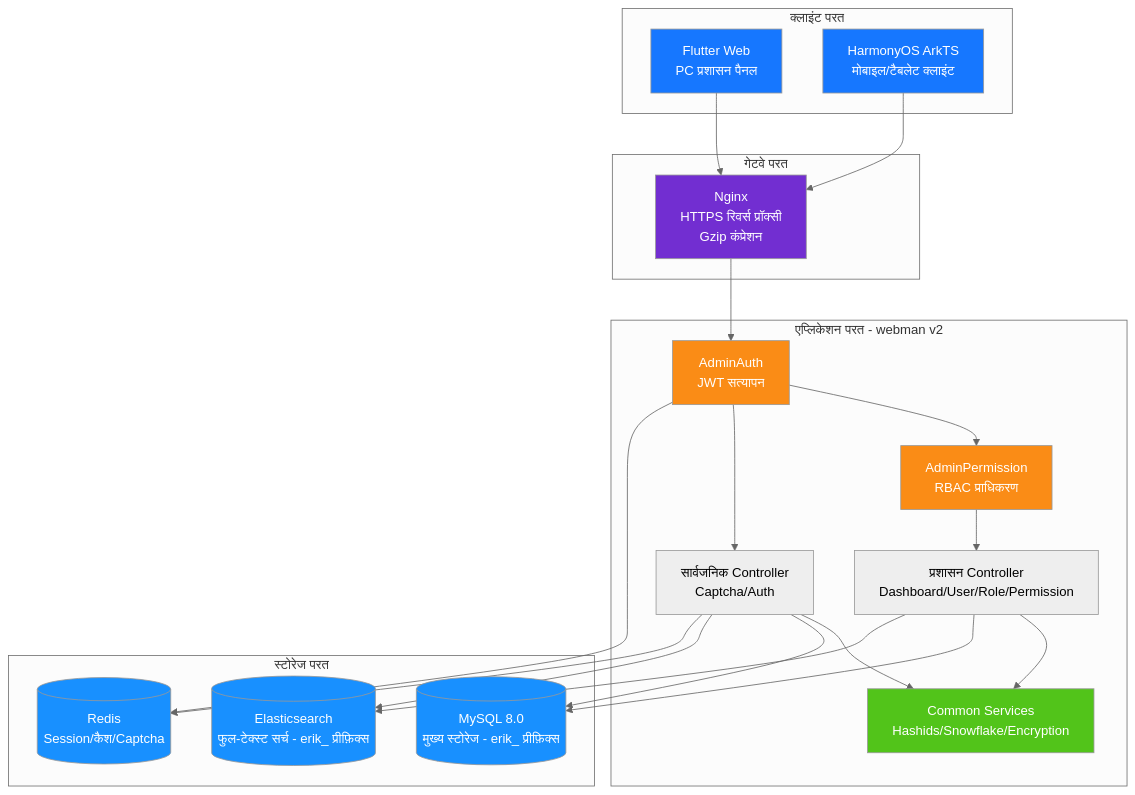
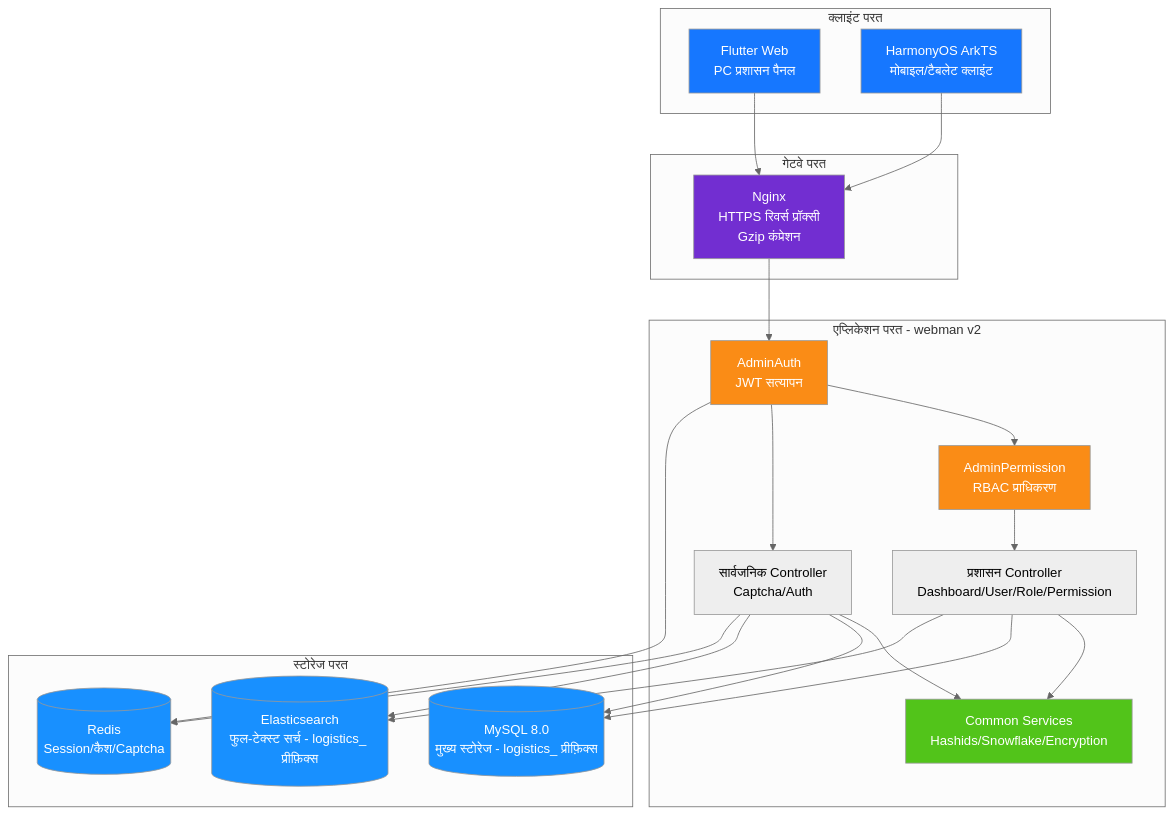
The diagram in admin/docs/diagrams/01-system-architecture.hi.md (erikwang2013/integrated-global-logistics), drawn with Mermaid (neutral theme) before and after one commit. The commit also changed 211 other files, not shown here.

````diff
--- a/admin/docs/diagrams/01-system-architecture.hi.md
+++ b/admin/docs/diagrams/01-system-architecture.hi.md
@@ -7,50 +7,50 @@
 ```mermaid
 flowchart TB
     subgraph clients["क्लाइंट परत"]
         flutter["Flutter Web<br/>PC प्रशासन पैनल"]
         harmony["HarmonyOS ArkTS<br/>मोबाइल/टैबलेट क्लाइंट"]
     end
 
     subgraph gateway["गेटवे परत"]
         nginx["Nginx<br/>HTTPS रिवर्स प्रॉक्सी<br/>Gzip कंप्रेशन"]
     end
 
     subgraph app["एप्लिकेशन परत - webman v2"]
         auth["AdminAuth<br/>JWT सत्यापन"]
         perm["AdminPermission<br/>RBAC प्राधिकरण"]
         admin["प्रशासन Controller<br/>Dashboard/User/Role/Permission"]
         public["सार्वजनिक Controller<br/>Captcha/Auth"]
         common["Common Services<br/>Hashids/Snowflake/Encryption"]
     end
 
     subgraph storage["स्टोरेज परत"]
-        mysql[("MySQL 8.0<br/>मुख्य स्टोरेज - erik_ प्रीफ़िक्स")]
-        es[("Elasticsearch<br/>फुल-टेक्स्ट सर्च - erik_ प्रीफ़िक्स")]
+        mysql[("MySQL 8.0<br/>मुख्य स्टोरेज - logistics_ प्रीफ़िक्स")]
+        es[("Elasticsearch<br/>फुल-टेक्स्ट सर्च - logistics_ प्रीफ़िक्स")]
         redis[("Redis<br/>Session/कैश/Captcha")]
     end
 
     flutter --> nginx
     harmony --> nginx
     nginx --> auth
     auth --> perm
     perm --> admin
     auth --> public
     admin --> common
     public --> common
     admin --> mysql
     public --> mysql
     admin --> es
     public --> es
     auth --> redis
     public --> redis
 
     style flutter fill:#1677FF,color:#fff
     style harmony fill:#1677FF,color:#fff
     style nginx fill:#722ED1,color:#fff
     style auth fill:#FA8C16,color:#fff
     style perm fill:#FA8C16,color:#fff
     style common fill:#52C41A,color:#fff
     style mysql fill:#1890FF,color:#fff
     style es fill:#1890FF,color:#fff
     style redis fill:#1890FF,color:#fff
 ```
````
